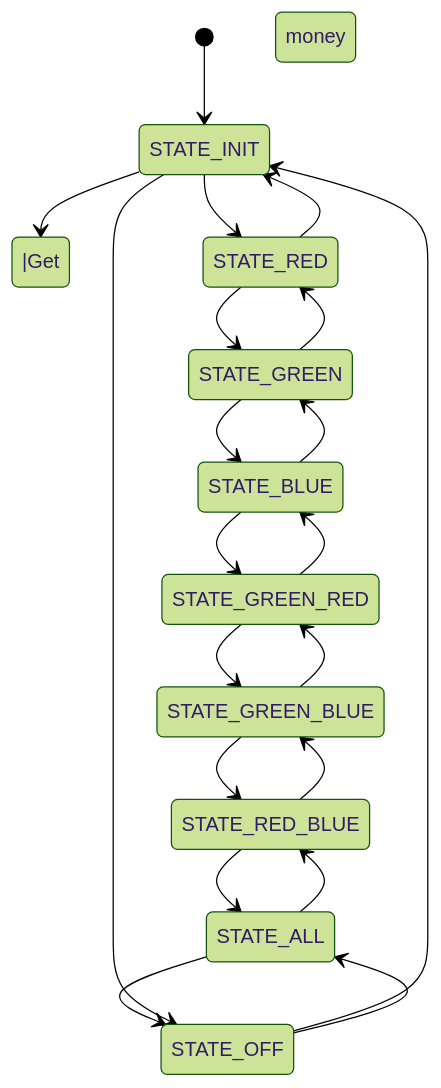
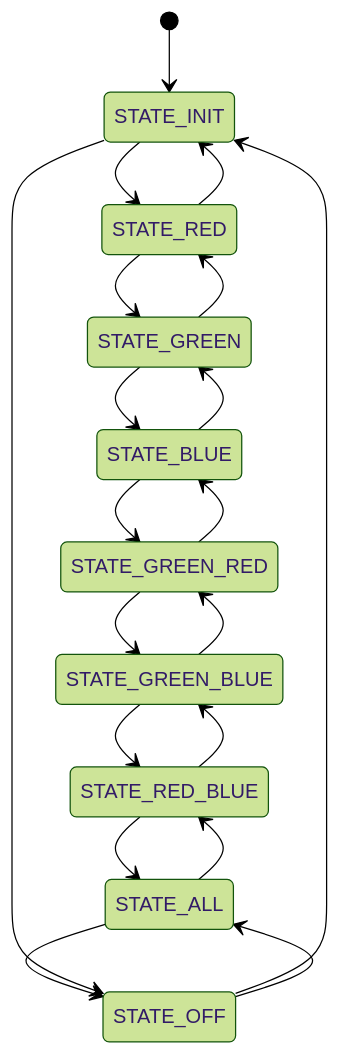
Before and after one commit to AngelMzno/iodraw-files: the diagram in all/Mapa de Estado.md, drawn with Mermaid (forest theme).

Commit message:
2024-09-03 19:49:41 update

````diff
--- a/all/Mapa de Estado.md
+++ b/all/Mapa de Estado.md
@@ -1,29 +1,28 @@
 ```mermaid
 stateDiagram-v2
 [*]-->STATE_INIT
-STATE_INIT --> |Get money
 STATE_INIT --> STATE_RED
 STATE_RED --> STATE_GREEN
 STATE_GREEN-->STATE_BLUE
 STATE_BLUE -->STATE_GREEN_RED
 STATE_GREEN_RED -->STATE_GREEN_BLUE
 STATE_GREEN_BLUE-->STATE_RED_BLUE
 STATE_RED_BLUE-->STATE_ALL
 STATE_ALL-->STATE_OFF
 STATE_OFF-->STATE_INIT
 
 [*]STATE_INIT
 STATE_INIT --> STATE_OFF
 STATE_RED --> STATE_INIT
 STATE_GREEN-->STATE_RED
 STATE_BLUE -->STATE_GREEN
 STATE_GREEN_RED -->STATE_BLUE
 STATE_GREEN_BLUE-->STATE_GREEN_RED
 STATE_RED_BLUE-->STATE_GREEN_BLUE
 STATE_ALL-->STATE_RED_BLUE
 STATE_OFF-->STATE_ALL
 
 
 
 
 ```
````
